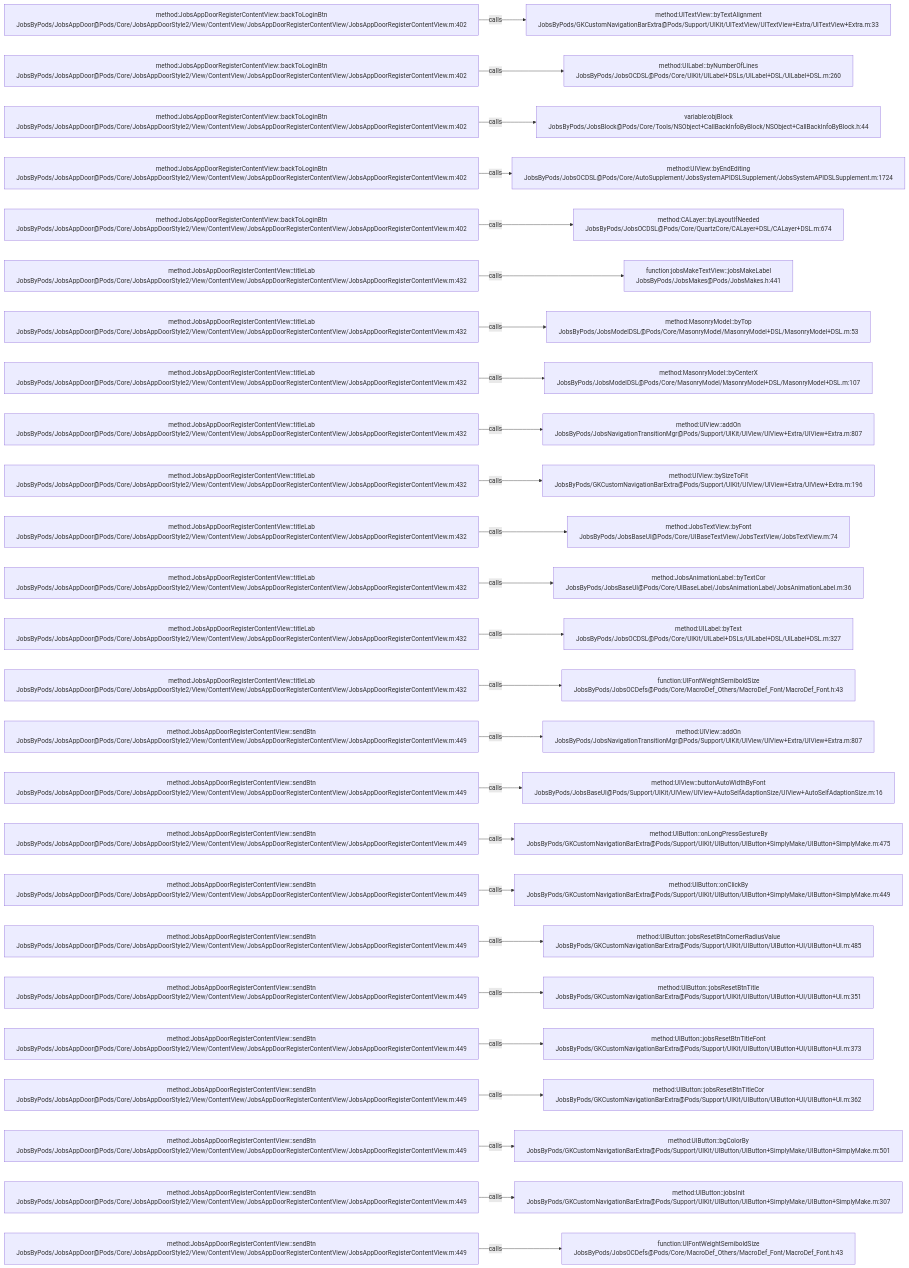
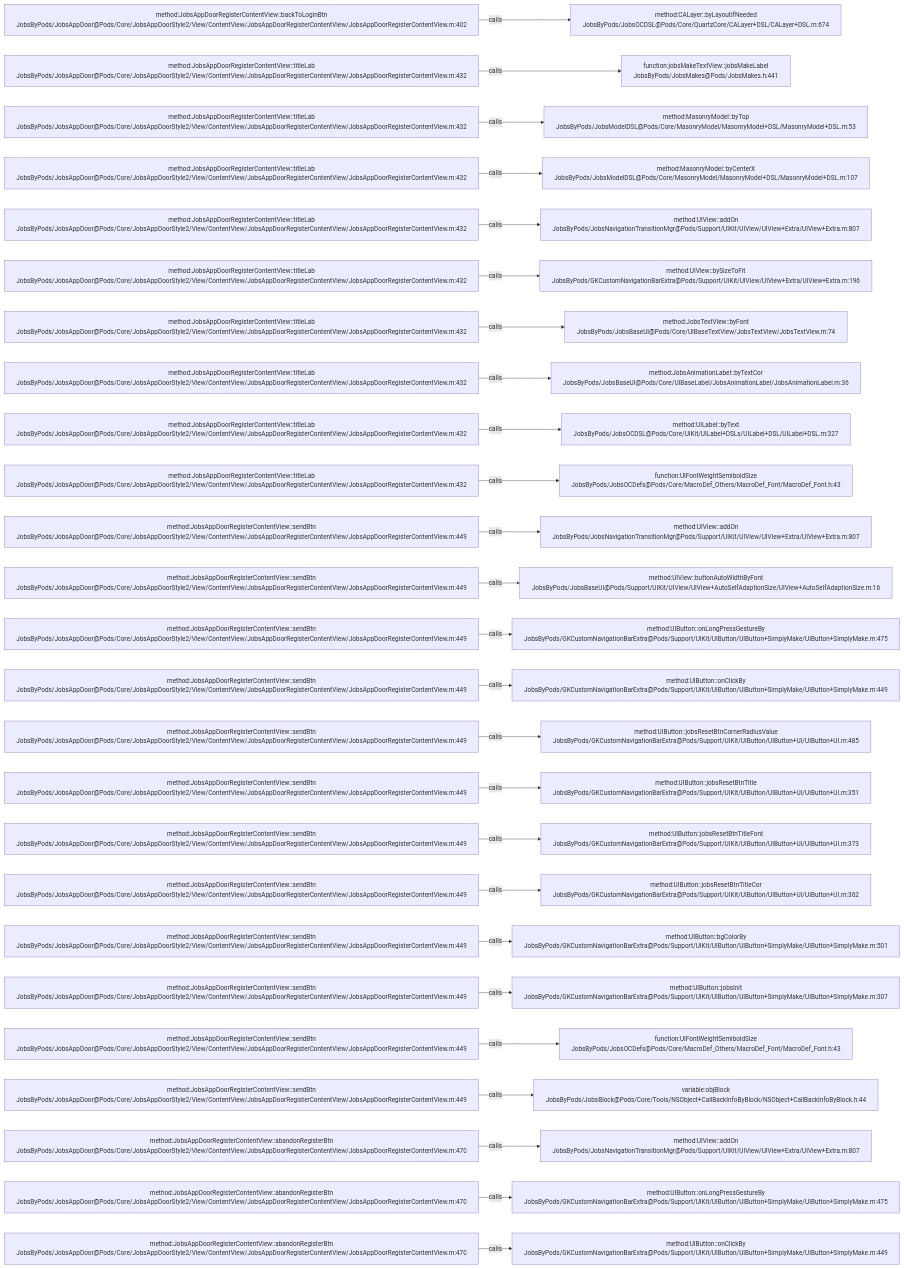
The diagram in .codegraph/codegraph.md/graphs/calls-130.md (JobsKits/JobsOCBaseConfigDemo), drawn with Mermaid before and after one commit. The commit also changed 116 other files, not shown here.

````diff
--- a/.codegraph/codegraph.md/graphs/calls-130.md
+++ b/.codegraph/codegraph.md/graphs/calls-130.md
@@ -13,78 +13,78 @@
 ```mermaid
 flowchart LR
   S1["method:JobsAppDoorRegisterContentView::backToLoginBtn<br/>JobsByPods/JobsAppDoor@Pods/Core/JobsAppDoorStyle2/View/ContentView/JobsAppDoorRegisterContentView/JobsAppDoorRegisterContentView.m:402"]
-  T1["method:UITextView::byTextAlignment<br/>JobsByPods/GKCustomNavigationBarExtra@Pods/Support/UIKit/UITextView/UITextView+Extra/UITextView+Extra.m:33"]
+  T1["method:CALayer::byLayoutIfNeeded<br/>JobsByPods/JobsOCDSL@Pods/Core/QuartzCore/CALayer+DSL/CALayer+DSL.m:674"]
   S1 -->|calls| T1
-  S2["method:JobsAppDoorRegisterContentView::backToLoginBtn<br/>JobsByPods/JobsAppDoor@Pods/Core/JobsAppDoorStyle2/View/ContentView/JobsAppDoorRegisterContentView/JobsAppDoorRegisterContentView.m:402"]
-  T2["method:UILabel::byNumberOfLines<br/>JobsByPods/JobsOCDSL@Pods/Core/UIKit/UILabel+DSLs/UILabel+DSL/UILabel+DSL.m:260"]
+  S2["method:JobsAppDoorRegisterContentView::titleLab<br/>JobsByPods/JobsAppDoor@Pods/Core/JobsAppDoorStyle2/View/ContentView/JobsAppDoorRegisterContentView/JobsAppDoorRegisterContentView.m:432"]
+  T2["function:jobsMakeTextView::jobsMakeLabel<br/>JobsByPods/JobsMakes@Pods/JobsMakes.h:441"]
   S2 -->|calls| T2
-  S3["method:JobsAppDoorRegisterContentView::backToLoginBtn<br/>JobsByPods/JobsAppDoor@Pods/Core/JobsAppDoorStyle2/View/ContentView/JobsAppDoorRegisterContentView/JobsAppDoorRegisterContentView.m:402"]
-  T3["variable:objBlock<br/>JobsByPods/JobsBlock@Pods/Core/Tools/NSObject+CallBackInfoByBlock/NSObject+CallBackInfoByBlock.h:44"]
+  S3["method:JobsAppDoorRegisterContentView::titleLab<br/>JobsByPods/JobsAppDoor@Pods/Core/JobsAppDoorStyle2/View/ContentView/JobsAppDoorRegisterContentView/JobsAppDoorRegisterContentView.m:432"]
+  T3["method:MasonryModel::byTop<br/>JobsByPods/JobsModelDSL@Pods/Core/MasonryModel/MasonryModel+DSL/MasonryModel+DSL.m:53"]
   S3 -->|calls| T3
-  S4["method:JobsAppDoorRegisterContentView::backToLoginBtn<br/>JobsByPods/JobsAppDoor@Pods/Core/JobsAppDoorStyle2/View/ContentView/JobsAppDoorRegisterContentView/JobsAppDoorRegisterContentView.m:402"]
-  T4["method:UIView::byEndEditing<br/>JobsByPods/JobsOCDSL@Pods/Core/AutoSupplement/JobsSystemAPIDSLSupplement/JobsSystemAPIDSLSupplement.m:1724"]
+  S4["method:JobsAppDoorRegisterContentView::titleLab<br/>JobsByPods/JobsAppDoor@Pods/Core/JobsAppDoorStyle2/View/ContentView/JobsAppDoorRegisterContentView/JobsAppDoorRegisterContentView.m:432"]
+  T4["method:MasonryModel::byCenterX<br/>JobsByPods/JobsModelDSL@Pods/Core/MasonryModel/MasonryModel+DSL/MasonryModel+DSL.m:107"]
   S4 -->|calls| T4
-  S5["method:JobsAppDoorRegisterContentView::backToLoginBtn<br/>JobsByPods/JobsAppDoor@Pods/Core/JobsAppDoorStyle2/View/ContentView/JobsAppDoorRegisterContentView/JobsAppDoorRegisterContentView.m:402"]
-  T5["method:CALayer::byLayoutIfNeeded<br/>JobsByPods/JobsOCDSL@Pods/Core/QuartzCore/CALayer+DSL/CALayer+DSL.m:674"]
+  S5["method:JobsAppDoorRegisterContentView::titleLab<br/>JobsByPods/JobsAppDoor@Pods/Core/JobsAppDoorStyle2/View/ContentView/JobsAppDoorRegisterContentView/JobsAppDoorRegisterContentView.m:432"]
+  T5["method:UIView::addOn<br/>JobsByPods/JobsNavigationTransitionMgr@Pods/Support/UIKit/UIView/UIView+Extra/UIView+Extra.m:807"]
   S5 -->|calls| T5
   S6["method:JobsAppDoorRegisterContentView::titleLab<br/>JobsByPods/JobsAppDoor@Pods/Core/JobsAppDoorStyle2/View/ContentView/JobsAppDoorRegisterContentView/JobsAppDoorRegisterContentView.m:432"]
-  T6["function:jobsMakeTextView::jobsMakeLabel<br/>JobsByPods/JobsMakes@Pods/JobsMakes.h:441"]
+  T6["method:UIView::bySizeToFit<br/>JobsByPods/GKCustomNavigationBarExtra@Pods/Support/UIKit/UIView/UIView+Extra/UIView+Extra.m:196"]
   S6 -->|calls| T6
   S7["method:JobsAppDoorRegisterContentView::titleLab<br/>JobsByPods/JobsAppDoor@Pods/Core/JobsAppDoorStyle2/View/ContentView/JobsAppDoorRegisterContentView/JobsAppDoorRegisterContentView.m:432"]
-  T7["method:MasonryModel::byTop<br/>JobsByPods/JobsModelDSL@Pods/Core/MasonryModel/MasonryModel+DSL/MasonryModel+DSL.m:53"]
+  T7["method:JobsTextView::byFont<br/>JobsByPods/JobsBaseUI@Pods/Core/UIBaseTextView/JobsTextView/JobsTextView.m:74"]
   S7 -->|calls| T7
   S8["method:JobsAppDoorRegisterContentView::titleLab<br/>JobsByPods/JobsAppDoor@Pods/Core/JobsAppDoorStyle2/View/ContentView/JobsAppDoorRegisterContentView/JobsAppDoorRegisterContentView.m:432"]
-  T8["method:MasonryModel::byCenterX<br/>JobsByPods/JobsModelDSL@Pods/Core/MasonryModel/MasonryModel+DSL/MasonryModel+DSL.m:107"]
+  T8["method:JobsAnimationLabel::byTextCor<br/>JobsByPods/JobsBaseUI@Pods/Core/UIBaseLabel/JobsAnimationLabel/JobsAnimationLabel.m:36"]
   S8 -->|calls| T8
   S9["method:JobsAppDoorRegisterContentView::titleLab<br/>JobsByPods/JobsAppDoor@Pods/Core/JobsAppDoorStyle2/View/ContentView/JobsAppDoorRegisterContentView/JobsAppDoorRegisterContentView.m:432"]
-  T9["method:UIView::addOn<br/>JobsByPods/JobsNavigationTransitionMgr@Pods/Support/UIKit/UIView/UIView+Extra/UIView+Extra.m:807"]
+  T9["method:UILabel::byText<br/>JobsByPods/JobsOCDSL@Pods/Core/UIKit/UILabel+DSLs/UILabel+DSL/UILabel+DSL.m:327"]
   S9 -->|calls| T9
   S10["method:JobsAppDoorRegisterContentView::titleLab<br/>JobsByPods/JobsAppDoor@Pods/Core/JobsAppDoorStyle2/View/ContentView/JobsAppDoorRegisterContentView/JobsAppDoorRegisterContentView.m:432"]
-  T10["method:UIView::bySizeToFit<br/>JobsByPods/GKCustomNavigationBarExtra@Pods/Support/UIKit/UIView/UIView+Extra/UIView+Extra.m:196"]
+  T10["function:UIFontWeightSemiboldSize<br/>JobsByPods/JobsOCDefs@Pods/Core/MacroDef_Others/MacroDef_Font/MacroDef_Font.h:43"]
   S10 -->|calls| T10
-  S11["method:JobsAppDoorRegisterContentView::titleLab<br/>JobsByPods/JobsAppDoor@Pods/Core/JobsAppDoorStyle2/View/ContentView/JobsAppDoorRegisterContentView/JobsAppDoorRegisterContentView.m:432"]
-  T11["method:JobsTextView::byFont<br/>JobsByPods/JobsBaseUI@Pods/Core/UIBaseTextView/JobsTextView/JobsTextView.m:74"]
+  S11["method:JobsAppDoorRegisterContentView::sendBtn<br/>JobsByPods/JobsAppDoor@Pods/Core/JobsAppDoorStyle2/View/ContentView/JobsAppDoorRegisterContentView/JobsAppDoorRegisterContentView.m:449"]
+  T11["method:UIView::addOn<br/>JobsByPods/JobsNavigationTransitionMgr@Pods/Support/UIKit/UIView/UIView+Extra/UIView+Extra.m:807"]
   S11 -->|calls| T11
-  S12["method:JobsAppDoorRegisterContentView::titleLab<br/>JobsByPods/JobsAppDoor@Pods/Core/JobsAppDoorStyle2/View/ContentView/JobsAppDoorRegisterContentView/JobsAppDoorRegisterContentView.m:432"]
-  T12["method:JobsAnimationLabel::byTextCor<br/>JobsByPods/JobsBaseUI@Pods/Core/UIBaseLabel/JobsAnimationLabel/JobsAnimationLabel.m:36"]
+  S12["method:JobsAppDoorRegisterContentView::sendBtn<br/>JobsByPods/JobsAppDoor@Pods/Core/JobsAppDoorStyle2/View/ContentView/JobsAppDoorRegisterContentView/JobsAppDoorRegisterContentView.m:449"]
+  T12["method:UIView::buttonAutoWidthByFont<br/>JobsByPods/JobsBaseUI@Pods/Support/UIKit/UIView/UIView+AutoSelfAdaptionSize/UIView+AutoSelfAdaptionSize.m:16"]
   S12 -->|calls| T12
-  S13["method:JobsAppDoorRegisterContentView::titleLab<br/>JobsByPods/JobsAppDoor@Pods/Core/JobsAppDoorStyle2/View/ContentView/JobsAppDoorRegisterContentView/JobsAppDoorRegisterContentView.m:432"]
-  T13["method:UILabel::byText<br/>JobsByPods/JobsOCDSL@Pods/Core/UIKit/UILabel+DSLs/UILabel+DSL/UILabel+DSL.m:327"]
+  S13["method:JobsAppDoorRegisterContentView::sendBtn<br/>JobsByPods/JobsAppDoor@Pods/Core/JobsAppDoorStyle2/View/ContentView/JobsAppDoorRegisterContentView/JobsAppDoorRegisterContentView.m:449"]
+  T13["method:UIButton::onLongPressGestureBy<br/>JobsByPods/GKCustomNavigationBarExtra@Pods/Support/UIKit/UIButton/UIButton+SimplyMake/UIButton+SimplyMake.m:475"]
   S13 -->|calls| T13
-  S14["method:JobsAppDoorRegisterContentView::titleLab<br/>JobsByPods/JobsAppDoor@Pods/Core/JobsAppDoorStyle2/View/ContentView/JobsAppDoorRegisterContentView/JobsAppDoorRegisterContentView.m:432"]
-  T14["function:UIFontWeightSemiboldSize<br/>JobsByPods/JobsOCDefs@Pods/Core/MacroDef_Others/MacroDef_Font/MacroDef_Font.h:43"]
+  S14["method:JobsAppDoorRegisterContentView::sendBtn<br/>JobsByPods/JobsAppDoor@Pods/Core/JobsAppDoorStyle2/View/ContentView/JobsAppDoorRegisterContentView/JobsAppDoorRegisterContentView.m:449"]
+  T14["method:UIButton::onClickBy<br/>JobsByPods/GKCustomNavigationBarExtra@Pods/Support/UIKit/UIButton/UIButton+SimplyMake/UIButton+SimplyMake.m:449"]
   S14 -->|calls| T14
   S15["method:JobsAppDoorRegisterContentView::sendBtn<br/>JobsByPods/JobsAppDoor@Pods/Core/JobsAppDoorStyle2/View/ContentView/JobsAppDoorRegisterContentView/JobsAppDoorRegisterContentView.m:449"]
-  T15["method:UIView::addOn<br/>JobsByPods/JobsNavigationTransitionMgr@Pods/Support/UIKit/UIView/UIView+Extra/UIView+Extra.m:807"]
+  T15["method:UIButton::jobsResetBtnCornerRadiusValue<br/>JobsByPods/GKCustomNavigationBarExtra@Pods/Support/UIKit/UIButton/UIButton+UI/UIButton+UI.m:485"]
   S15 -->|calls| T15
   S16["method:JobsAppDoorRegisterContentView::sendBtn<br/>JobsByPods/JobsAppDoor@Pods/Core/JobsAppDoorStyle2/View/ContentView/JobsAppDoorRegisterContentView/JobsAppDoorRegisterContentView.m:449"]
-  T16["method:UIView::buttonAutoWidthByFont<br/>JobsByPods/JobsBaseUI@Pods/Support/UIKit/UIView/UIView+AutoSelfAdaptionSize/UIView+AutoSelfAdaptionSize.m:16"]
+  T16["method:UIButton::jobsResetBtnTitle<br/>JobsByPods/GKCustomNavigationBarExtra@Pods/Support/UIKit/UIButton/UIButton+UI/UIButton+UI.m:351"]
   S16 -->|calls| T16
   S17["method:JobsAppDoorRegisterContentView::sendBtn<br/>JobsByPods/JobsAppDoor@Pods/Core/JobsAppDoorStyle2/View/ContentView/JobsAppDoorRegisterContentView/JobsAppDoorRegisterContentView.m:449"]
-  T17["method:UIButton::onLongPressGestureBy<br/>JobsByPods/GKCustomNavigationBarExtra@Pods/Support/UIKit/UIButton/UIButton+SimplyMake/UIButton+SimplyMake.m:475"]
+  T17["method:UIButton::jobsResetBtnTitleFont<br/>JobsByPods/GKCustomNavigationBarExtra@Pods/Support/UIKit/UIButton/UIButton+UI/UIButton+UI.m:373"]
   S17 -->|calls| T17
   S18["method:JobsAppDoorRegisterContentView::sendBtn<br/>JobsByPods/JobsAppDoor@Pods/Core/JobsAppDoorStyle2/View/ContentView/JobsAppDoorRegisterContentView/JobsAppDoorRegisterContentView.m:449"]
-  T18["method:UIButton::onClickBy<br/>JobsByPods/GKCustomNavigationBarExtra@Pods/Support/UIKit/UIButton/UIButton+SimplyMake/UIButton+SimplyMake.m:449"]
+  T18["method:UIButton::jobsResetBtnTitleCor<br/>JobsByPods/GKCustomNavigationBarExtra@Pods/Support/UIKit/UIButton/UIButton+UI/UIButton+UI.m:362"]
   S18 -->|calls| T18
   S19["method:JobsAppDoorRegisterContentView::sendBtn<br/>JobsByPods/JobsAppDoor@Pods/Core/JobsAppDoorStyle2/View/ContentView/JobsAppDoorRegisterContentView/JobsAppDoorRegisterContentView.m:449"]
-  T19["method:UIButton::jobsResetBtnCornerRadiusValue<br/>JobsByPods/GKCustomNavigationBarExtra@Pods/Support/UIKit/UIButton/UIButton+UI/UIButton+UI.m:485"]
+  T19["method:UIButton::bgColorBy<br/>JobsByPods/GKCustomNavigationBarExtra@Pods/Support/UIKit/UIButton/UIButton+SimplyMake/UIButton+SimplyMake.m:501"]
   S19 -->|calls| T19
   S20["method:JobsAppDoorRegisterContentView::sendBtn<br/>JobsByPods/JobsAppDoor@Pods/Core/JobsAppDoorStyle2/View/ContentView/JobsAppDoorRegisterContentView/JobsAppDoorRegisterContentView.m:449"]
-  T20["method:UIButton::jobsResetBtnTitle<br/>JobsByPods/GKCustomNavigationBarExtra@Pods/Support/UIKit/UIButton/UIButton+UI/UIButton+UI.m:351"]
+  T20["method:UIButton::jobsInit<br/>JobsByPods/GKCustomNavigationBarExtra@Pods/Support/UIKit/UIButton/UIButton+SimplyMake/UIButton+SimplyMake.m:307"]
   S20 -->|calls| T20
   S21["method:JobsAppDoorRegisterContentView::sendBtn<br/>JobsByPods/JobsAppDoor@Pods/Core/JobsAppDoorStyle2/View/ContentView/JobsAppDoorRegisterContentView/JobsAppDoorRegisterContentView.m:449"]
-  T21["method:UIButton::jobsResetBtnTitleFont<br/>JobsByPods/GKCustomNavigationBarExtra@Pods/Support/UIKit/UIButton/UIButton+UI/UIButton+UI.m:373"]
+  T21["function:UIFontWeightSemiboldSize<br/>JobsByPods/JobsOCDefs@Pods/Core/MacroDef_Others/MacroDef_Font/MacroDef_Font.h:43"]
   S21 -->|calls| T21
   S22["method:JobsAppDoorRegisterContentView::sendBtn<br/>JobsByPods/JobsAppDoor@Pods/Core/JobsAppDoorStyle2/View/ContentView/JobsAppDoorRegisterContentView/JobsAppDoorRegisterContentView.m:449"]
-  T22["method:UIButton::jobsResetBtnTitleCor<br/>JobsByPods/GKCustomNavigationBarExtra@Pods/Support/UIKit/UIButton/UIButton+UI/UIButton+UI.m:362"]
+  T22["variable:objBlock<br/>JobsByPods/JobsBlock@Pods/Core/Tools/NSObject+CallBackInfoByBlock/NSObject+CallBackInfoByBlock.h:44"]
   S22 -->|calls| T22
-  S23["method:JobsAppDoorRegisterContentView::sendBtn<br/>JobsByPods/JobsAppDoor@Pods/Core/JobsAppDoorStyle2/View/ContentView/JobsAppDoorRegisterContentView/JobsAppDoorRegisterContentView.m:449"]
-  T23["method:UIButton::bgColorBy<br/>JobsByPods/GKCustomNavigationBarExtra@Pods/Support/UIKit/UIButton/UIButton+SimplyMake/UIButton+SimplyMake.m:501"]
+  S23["method:JobsAppDoorRegisterContentView::abandonRegisterBtn<br/>JobsByPods/JobsAppDoor@Pods/Core/JobsAppDoorStyle2/View/ContentView/JobsAppDoorRegisterContentView/JobsAppDoorRegisterContentView.m:470"]
+  T23["method:UIView::addOn<br/>JobsByPods/JobsNavigationTransitionMgr@Pods/Support/UIKit/UIView/UIView+Extra/UIView+Extra.m:807"]
   S23 -->|calls| T23
-  S24["method:JobsAppDoorRegisterContentView::sendBtn<br/>JobsByPods/JobsAppDoor@Pods/Core/JobsAppDoorStyle2/View/ContentView/JobsAppDoorRegisterContentView/JobsAppDoorRegisterContentView.m:449"]
-  T24["method:UIButton::jobsInit<br/>JobsByPods/GKCustomNavigationBarExtra@Pods/Support/UIKit/UIButton/UIButton+SimplyMake/UIButton+SimplyMake.m:307"]
+  S24["method:JobsAppDoorRegisterContentView::abandonRegisterBtn<br/>JobsByPods/JobsAppDoor@Pods/Core/JobsAppDoorStyle2/View/ContentView/JobsAppDoorRegisterContentView/JobsAppDoorRegisterContentView.m:470"]
+  T24["method:UIButton::onLongPressGestureBy<br/>JobsByPods/GKCustomNavigationBarExtra@Pods/Support/UIKit/UIButton/UIButton+SimplyMake/UIButton+SimplyMake.m:475"]
   S24 -->|calls| T24
-  S25["method:JobsAppDoorRegisterContentView::sendBtn<br/>JobsByPods/JobsAppDoor@Pods/Core/JobsAppDoorStyle2/View/ContentView/JobsAppDoorRegisterContentView/JobsAppDoorRegisterContentView.m:449"]
-  T25["function:UIFontWeightSemiboldSize<br/>JobsByPods/JobsOCDefs@Pods/Core/MacroDef_Others/MacroDef_Font/MacroDef_Font.h:43"]
+  S25["method:JobsAppDoorRegisterContentView::abandonRegisterBtn<br/>JobsByPods/JobsAppDoor@Pods/Core/JobsAppDoorStyle2/View/ContentView/JobsAppDoorRegisterContentView/JobsAppDoorRegisterContentView.m:470"]
+  T25["method:UIButton::onClickBy<br/>JobsByPods/GKCustomNavigationBarExtra@Pods/Support/UIKit/UIButton/UIButton+SimplyMake/UIButton+SimplyMake.m:449"]
   S25 -->|calls| T25
 ```
````
